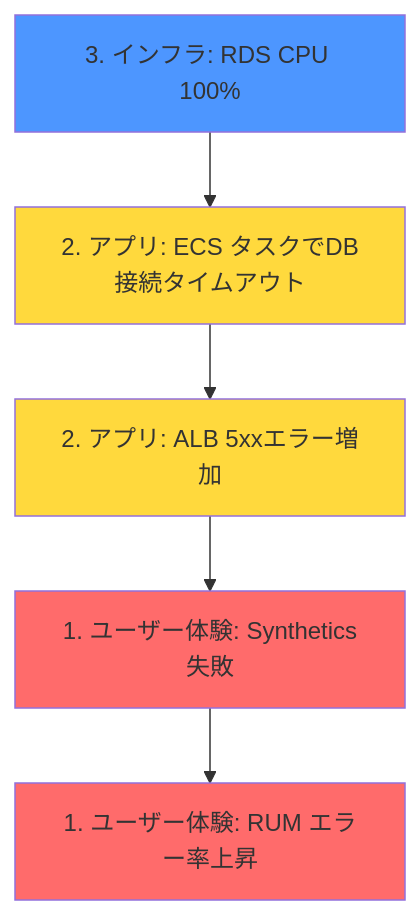
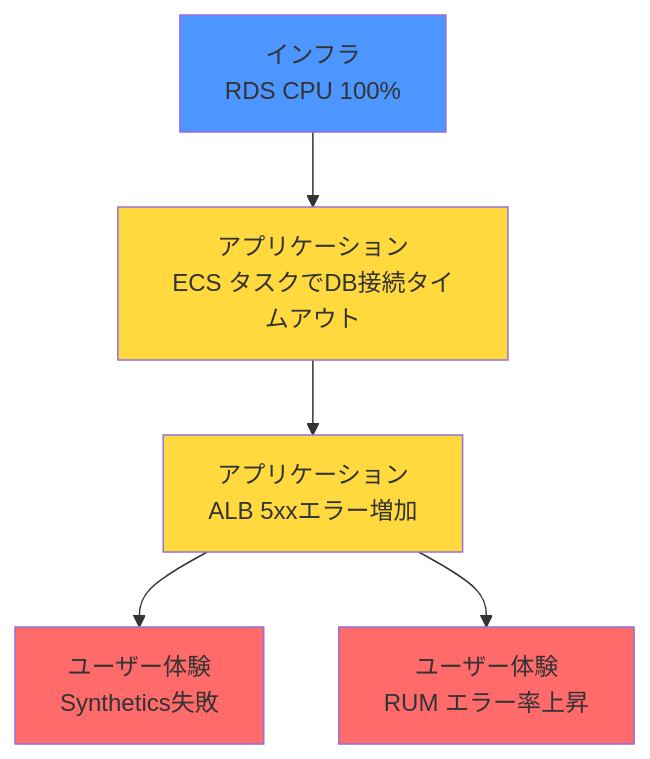
Before and after one commit to yuki-m1216/tech-notes: the first of 3 diagrams in docs/monitoring/multi-layer-examples.md, drawn with Mermaid. The commit also changed other lines of this file and 1 other file, not shown here.

````diff
--- a/docs/monitoring/multi-layer-examples.md
+++ b/docs/monitoring/multi-layer-examples.md
@@ -99,13 +99,13 @@
 ```mermaid
 graph TD
-    A[3. インフラ: RDS CPU 100%] --> B[2. アプリ: ECS タスクでDB接続タイムアウト]
-    B --> C[2. アプリ: ALB 5xxエラー増加]
-    C --> D[1. ユーザー体験: Synthetics失敗]
-    D --> E[1. ユーザー体験: RUM エラー率上昇]
+    A[インフラ<br/>RDS CPU 100%] --> B[アプリケーション<br/>ECS タスクでDB接続タイムアウト]
+    B --> C[アプリケーション<br/>ALB 5xxエラー増加]
+    C --> D[ユーザー体験<br/>Synthetics失敗]
+    C --> E[ユーザー体験<br/>RUM エラー率上昇]
 
     style A fill:#4d96ff
     style B fill:#ffd93d
     style C fill:#ffd93d
     style D fill:#ff6b6b
     style E fill:#ff6b6b
 ```
````
